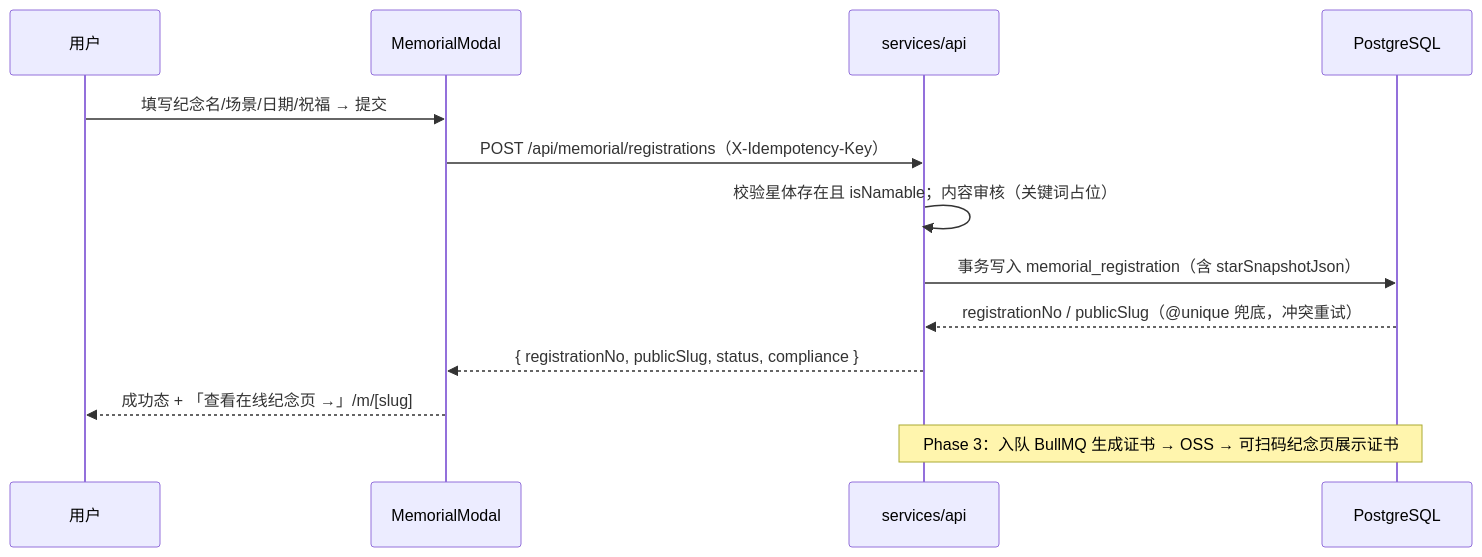
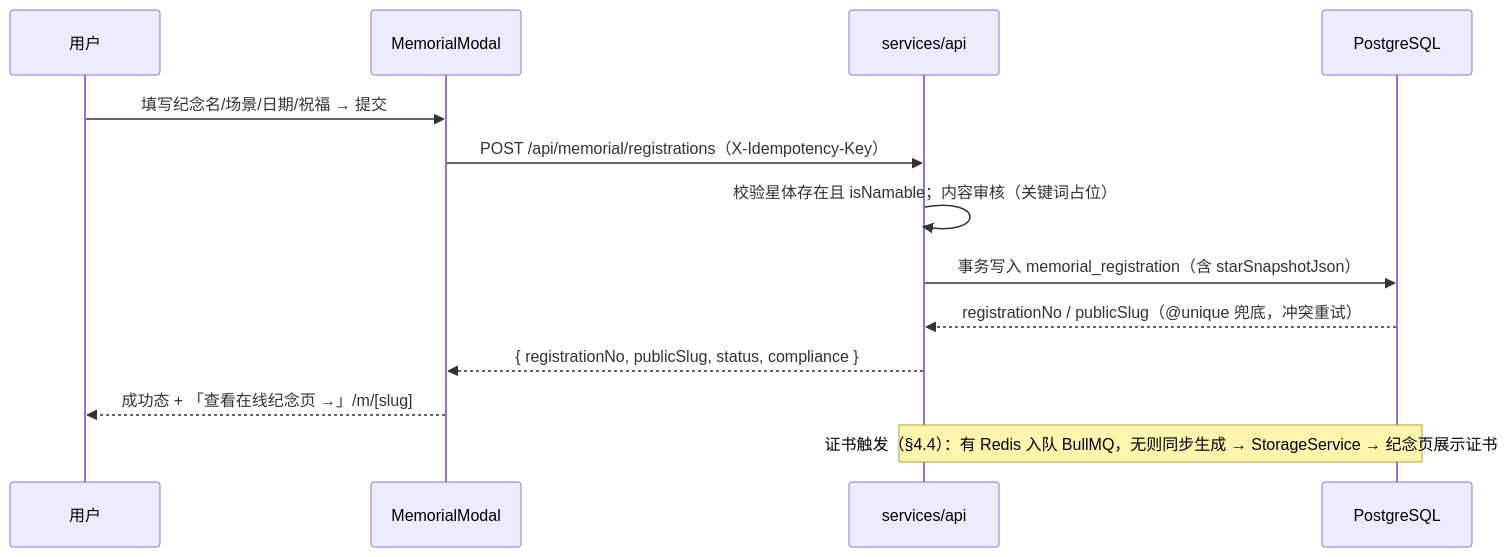
Before and after one commit to austinmzds-create/star: the fourth of 4 diagrams in docs/architecture.md, drawn with Mermaid. The commit also changed other lines of this file and 69 other files, not shown here.

````diff
--- a/docs/architecture.md
+++ b/docs/architecture.md
@@ -190,15 +264,15 @@
 ```mermaid
 sequenceDiagram
   participant U as 用户
   participant W as MemorialModal
   participant A as services/api
   participant PG as PostgreSQL
   U->>W: 填写纪念名/场景/日期/祝福 → 提交
   W->>A: POST /api/memorial/registrations（X-Idempotency-Key）
   A->>A: 校验星体存在且 isNamable；内容审核（关键词占位）
   A->>PG: 事务写入 memorial_registration（含 starSnapshotJson）
   PG-->>A: registrationNo / publicSlug（@unique 兜底，冲突重试）
   A-->>W: { registrationNo, publicSlug, status, compliance }
   W-->>U: 成功态 + 「查看在线纪念页 →」/m/[slug]
-  Note over A,PG: Phase 3：入队 BullMQ 生成证书 → OSS → 可扫码纪念页展示证书
+  Note over A,PG: 证书触发（§4.4）：有 Redis 入队 BullMQ，无则同步生成 → StorageService → 纪念页展示证书
 ```
````
